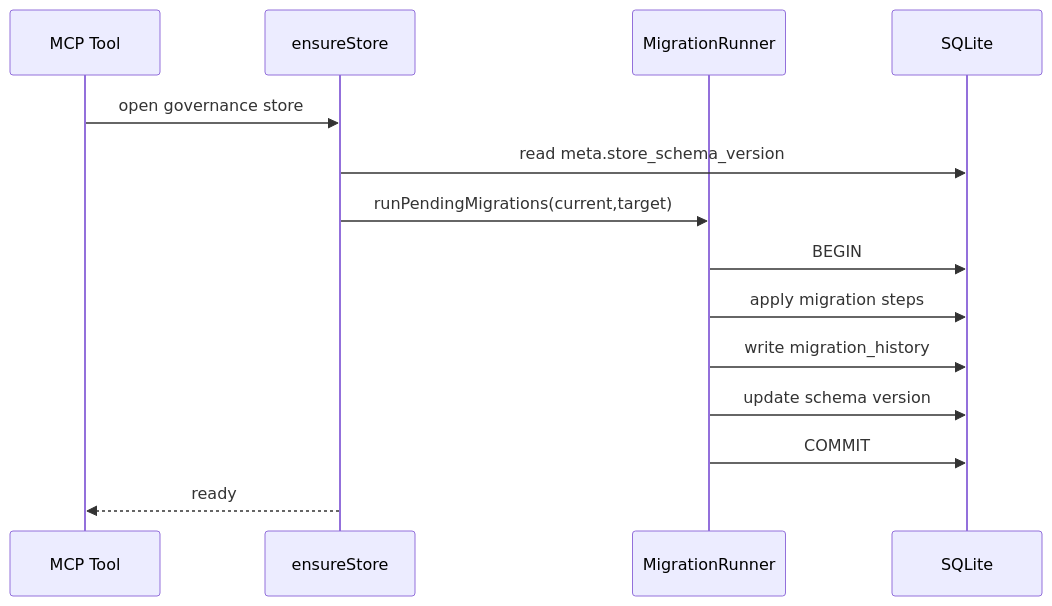
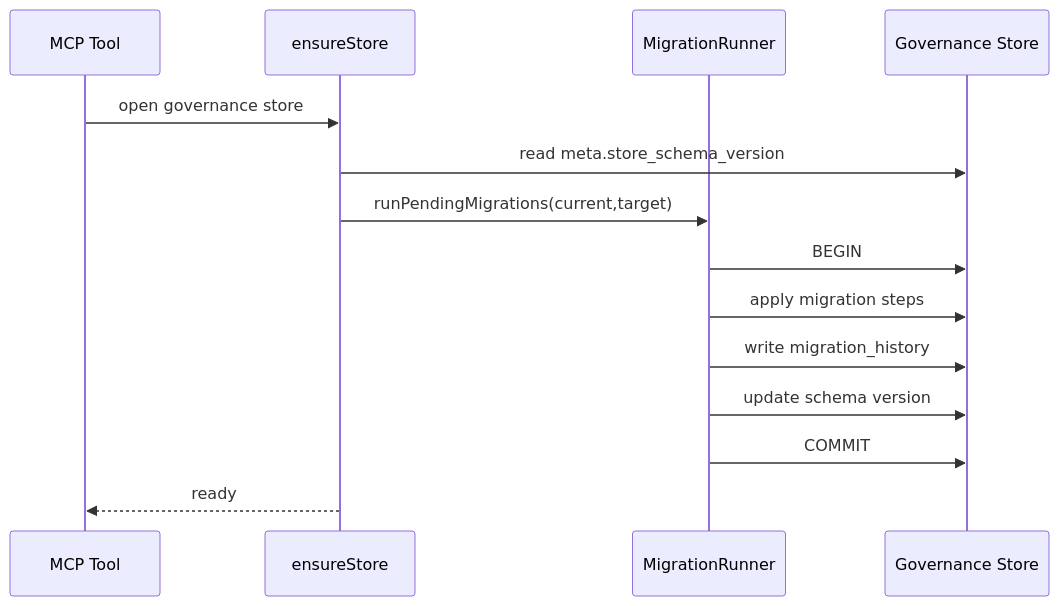
The second of 2 diagrams in packages/mcp/docs/MIGRATION_ARCHITECTURE_CN.md (yinxulai/projitive), drawn with Mermaid before and after one commit. The commit also changed other lines of this file and 23 other files, not shown here.

Commit message:
chore(mcp): release v2.0.3 with governance flow updates

````diff
--- a/packages/mcp/docs/MIGRATION_ARCHITECTURE_CN.md
+++ b/packages/mcp/docs/MIGRATION_ARCHITECTURE_CN.md
@@ -77,17 +77,17 @@
 ```mermaid
 sequenceDiagram
     participant Tool as MCP Tool
     participant Store as ensureStore
     participant Runner as MigrationRunner
-    participant DB as SQLite
+    participant DB as Governance Store
 
     Tool->>Store: open governance store
     Store->>DB: read meta.store_schema_version
     Store->>Runner: runPendingMigrations(current,target)
     Runner->>DB: BEGIN
     Runner->>DB: apply migration steps
     Runner->>DB: write migration_history
     Runner->>DB: update schema version
     Runner->>DB: COMMIT
     Store-->>Tool: ready
 ```
````
